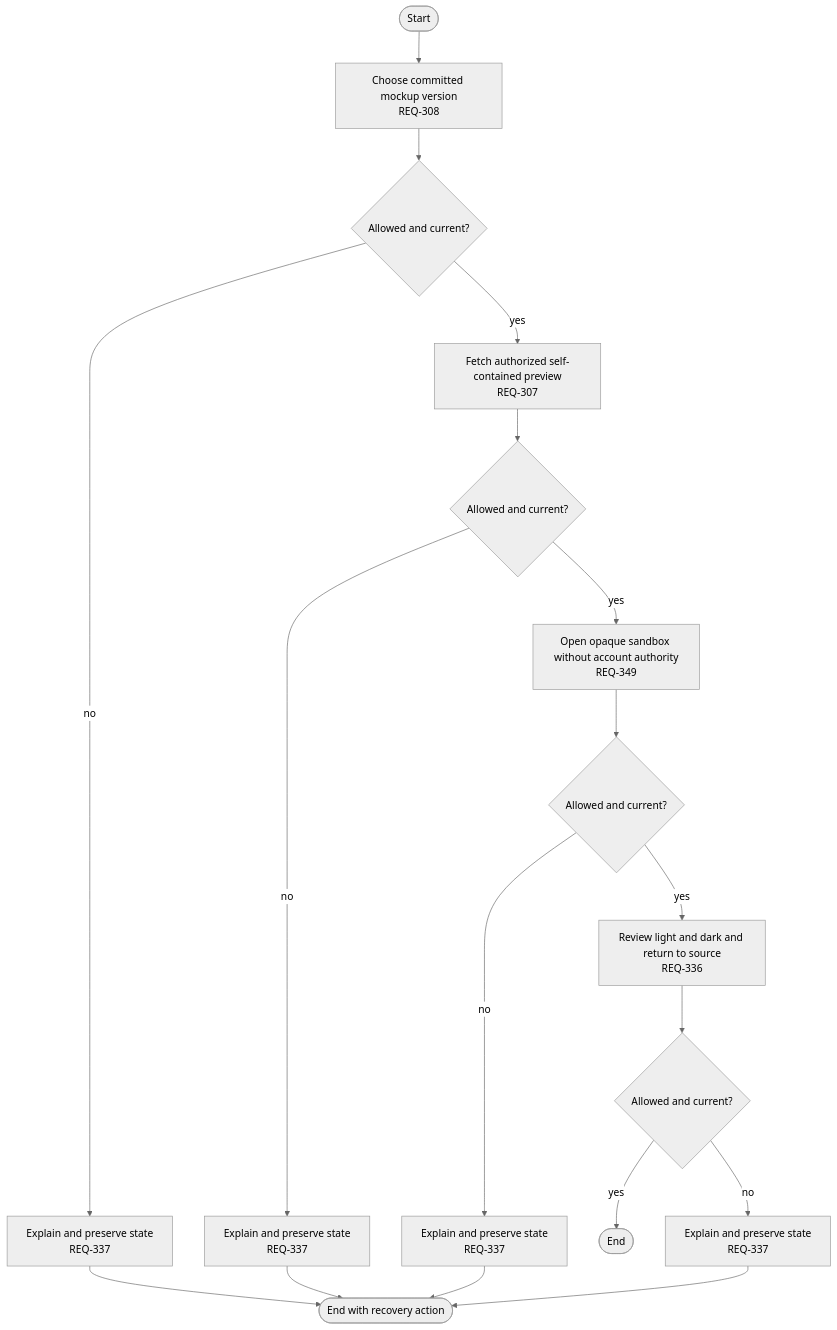
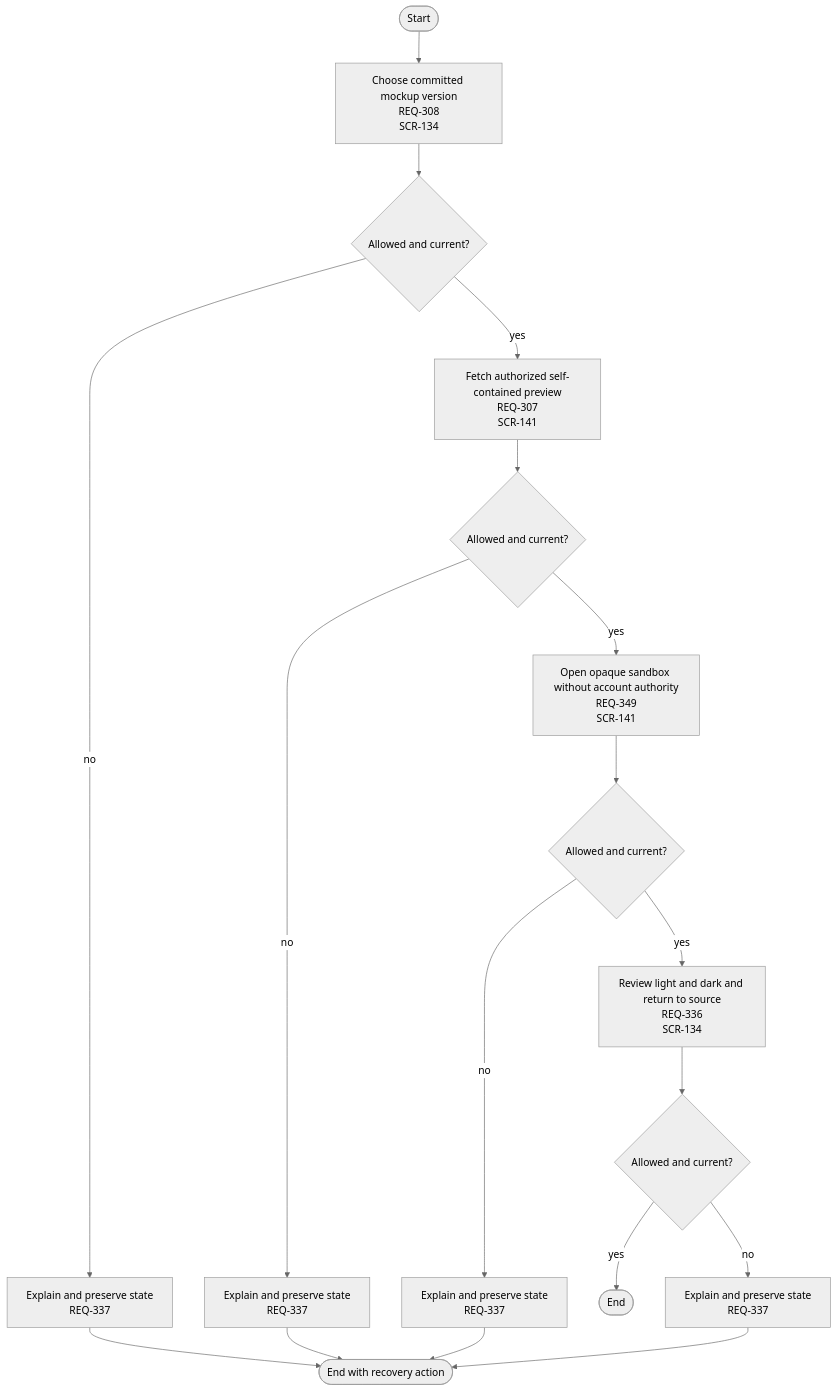
One commit to kodonghui/corthex-nexus changed the diagram in docs/03-user-flow/rebuild/FL-136.ko.md. Above: the diagram before and after it, drawn with Mermaid (neutral theme). The commit also changed other lines of this file and 28 other files, not shown here.

Commit message:
Design rebuild navigation and link every visible flow step

````diff
--- a/docs/03-user-flow/rebuild/FL-136.ko.md
+++ b/docs/03-user-flow/rebuild/FL-136.ko.md
@@ -9,20 +11,20 @@
 ```mermaid
 flowchart TD
   Start([Start]) --> S0
-  S0["Choose committed mockup version<br/>REQ-308"] --> D0{"Allowed and current?"}
+  S0["Choose committed mockup version<br/>REQ-308<br/>SCR-134"] --> D0{"Allowed and current?"}
   D0 -- yes --> S1
   D0 -- no --> F0["Explain and preserve state<br/>REQ-337"]
   F0 --> Stop([End with recovery action])
-  S1["Fetch authorized self-contained preview<br/>REQ-307"] --> D1{"Allowed and current?"}
+  S1["Fetch authorized self-contained preview<br/>REQ-307<br/>SCR-141"] --> D1{"Allowed and current?"}
   D1 -- yes --> S2
   D1 -- no --> F1["Explain and preserve state<br/>REQ-337"]
   F1 --> Stop([End with recovery action])
-  S2["Open opaque sandbox without account authority<br/>REQ-349"] --> D2{"Allowed and current?"}
+  S2["Open opaque sandbox without account authority<br/>REQ-349<br/>SCR-141"] --> D2{"Allowed and current?"}
   D2 -- yes --> S3
   D2 -- no --> F2["Explain and preserve state<br/>REQ-337"]
   F2 --> Stop([End with recovery action])
-  S3["Review light and dark and return to source<br/>REQ-336"] --> D3{"Allowed and current?"}
+  S3["Review light and dark and return to source<br/>REQ-336<br/>SCR-134"] --> D3{"Allowed and current?"}
   D3 -- yes --> End([End])
   D3 -- no --> F3["Explain and preserve state<br/>REQ-337"]
   F3 --> Stop([End with recovery action])
 ```
````
